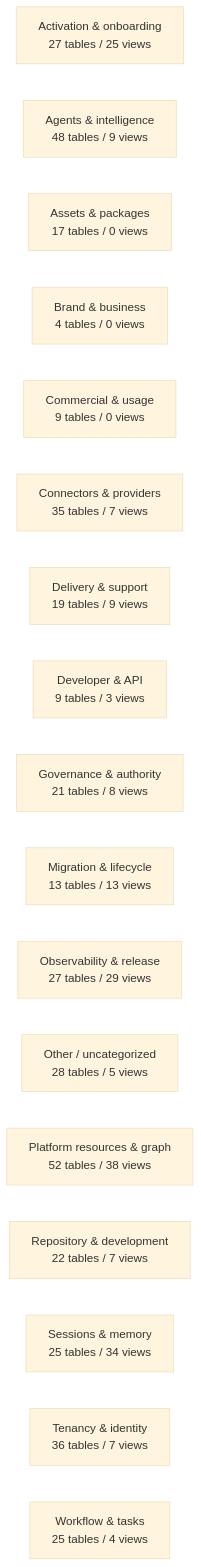
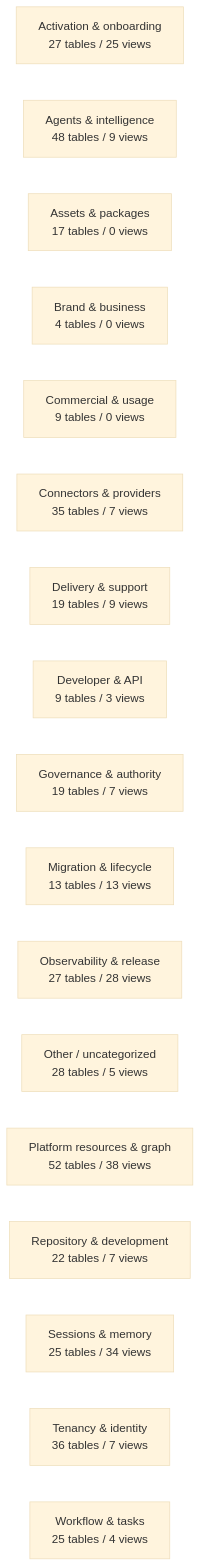
The diagram in docs/work-maps/data-model-domain-map.md (mad4bdigital-ai/multi-business-multi-role-growth-intelligence-os), drawn with Mermaid (base theme) before and after one commit. The commit also changed other lines of this file and 4 other files, not shown here.

````diff
--- a/docs/work-maps/data-model-domain-map.md
+++ b/docs/work-maps/data-model-domain-map.md
@@ -9,20 +9,20 @@
 ```mermaid
 flowchart LR
   n_Activation___onboarding["Activation & onboarding<br/>27 tables / 25 views"]
   n_Agents___intelligence["Agents & intelligence<br/>48 tables / 9 views"]
   n_Assets___packages["Assets & packages<br/>17 tables / 0 views"]
   n_Brand___business["Brand & business<br/>4 tables / 0 views"]
   n_Commercial___usage["Commercial & usage<br/>9 tables / 0 views"]
   n_Connectors___providers["Connectors & providers<br/>35 tables / 7 views"]
   n_Delivery___support["Delivery & support<br/>19 tables / 9 views"]
   n_Developer___API["Developer & API<br/>9 tables / 3 views"]
-  n_Governance___authority["Governance & authority<br/>21 tables / 8 views"]
+  n_Governance___authority["Governance & authority<br/>19 tables / 7 views"]
   n_Migration___lifecycle["Migration & lifecycle<br/>13 tables / 13 views"]
-  n_Observability___release["Observability & release<br/>27 tables / 29 views"]
+  n_Observability___release["Observability & release<br/>27 tables / 28 views"]
   n_Other___uncategorized["Other / uncategorized<br/>28 tables / 5 views"]
   n_Platform_resources___graph["Platform resources & graph<br/>52 tables / 38 views"]
   n_Repository___development["Repository & development<br/>22 tables / 7 views"]
   n_Sessions___memory["Sessions & memory<br/>25 tables / 34 views"]
   n_Tenancy___identity["Tenancy & identity<br/>36 tables / 7 views"]
   n_Workflow___tasks["Workflow & tasks<br/>25 tables / 4 views"]
 ```
````
